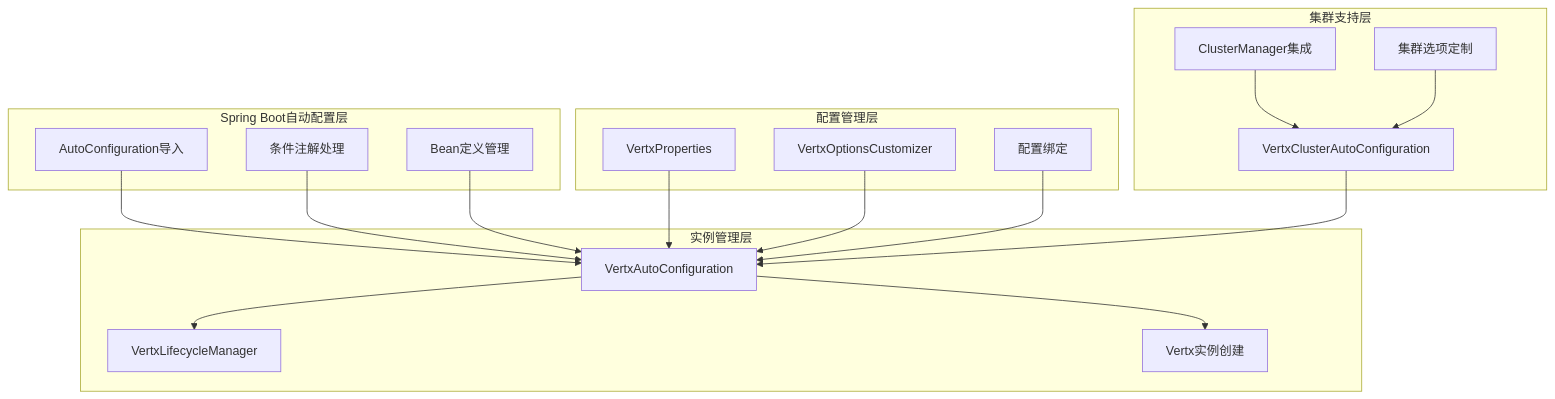
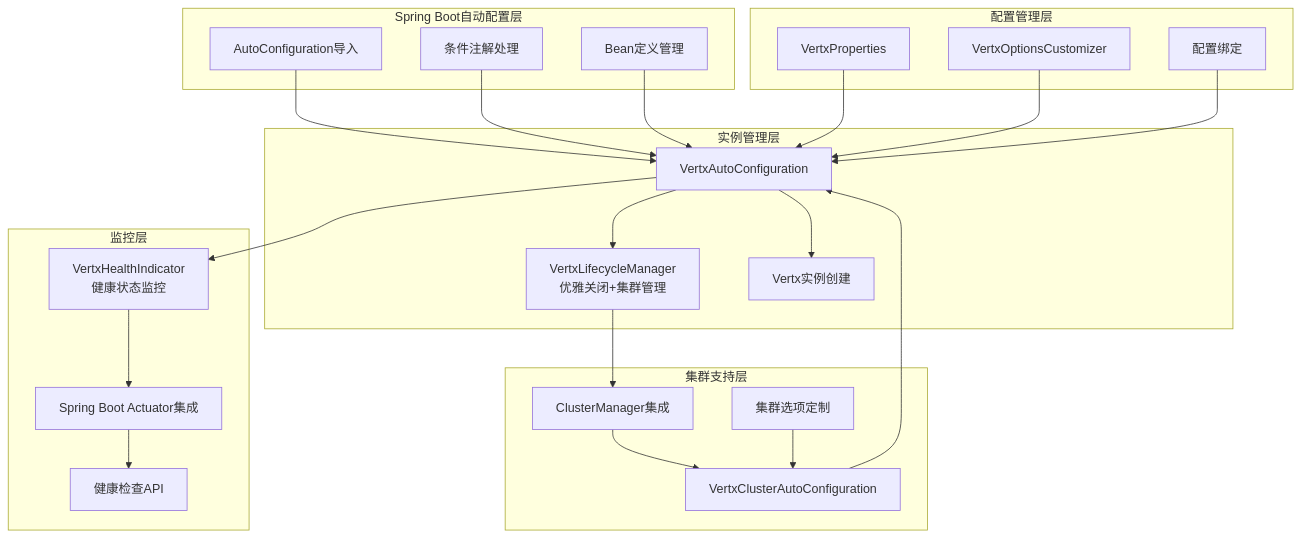
Before and after one commit to ossworker/vertx-starter: the second of 9 diagrams in .qoder/repowiki/zh/content/核心配置模块/核心配置模块.md, drawn with Mermaid. The commit also changed other lines of this file and 7 other files, not shown here.

````diff
--- a/.qoder/repowiki/zh/content/核心配置模块/核心配置模块.md
+++ b/.qoder/repowiki/zh/content/核心配置模块/核心配置模块.md
@@ -163,34 +210,43 @@
 ```mermaid
 graph TB
 subgraph "Spring Boot自动配置层"
 A[AutoConfiguration导入]
 B[条件注解处理]
 C[Bean定义管理]
 end
 subgraph "配置管理层"
 D[VertxProperties]
 E[VertxOptionsCustomizer]
 F[配置绑定]
 end
 subgraph "实例管理层"
 G[VertxAutoConfiguration]
-H[VertxLifecycleManager]
+H[VertxLifecycleManager<br/>优雅关闭+集群管理]
 I[Vertx实例创建]
 end
+subgraph "监控层"
+J[VertxHealthIndicator<br/>健康状态监控]
+K[Spring Boot Actuator集成]
+L[健康检查API]
+end
 subgraph "集群支持层"
-J[VertxClusterAutoConfiguration]
-K[ClusterManager集成]
-L[集群选项定制]
+M[VertxClusterAutoConfiguration]
+N[ClusterManager集成]
+O[集群选项定制]
 end
 A --> G
 B --> G
 C --> G
 D --> G
 E --> G
 F --> G
 G --> H
 G --> I
-J --> G
-K --> J
-L --> J
+G --> J
+J --> K
+K --> L
+M --> G
+N --> M
+O --> M
+H --> N
 ```
````
